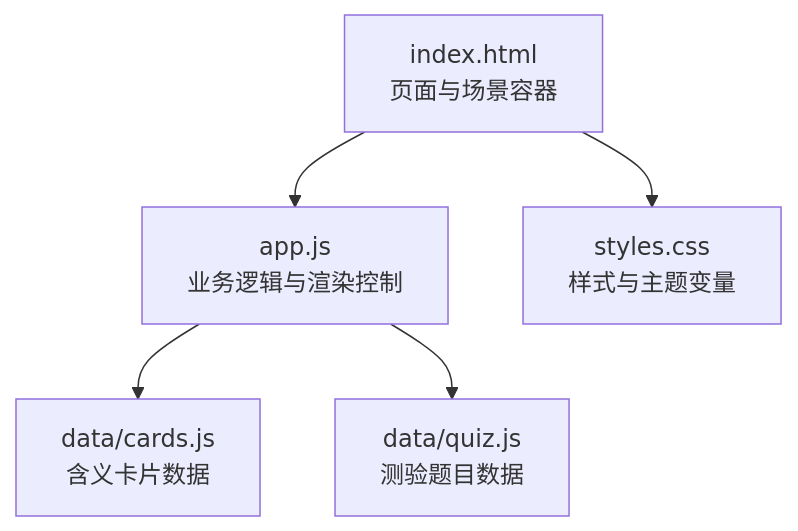
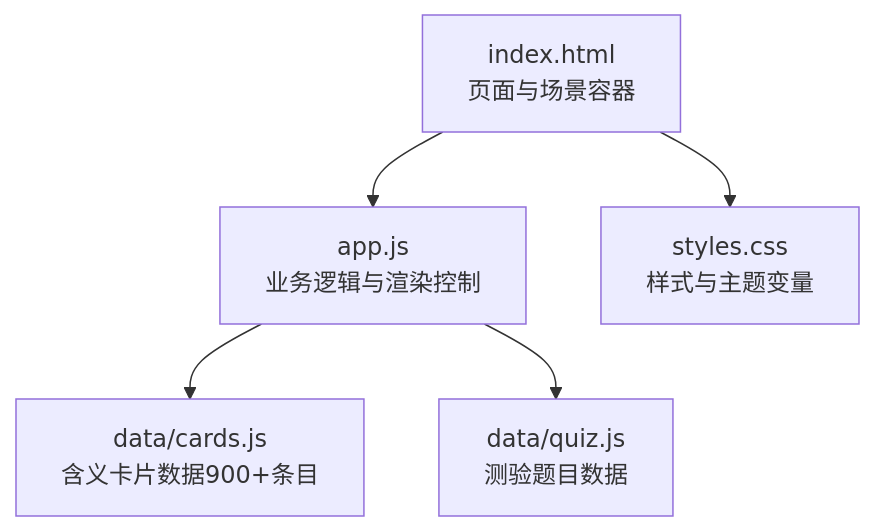
Before and after one commit to lukefun/wenyanbai-demo-v2: the first of 6 diagrams in .qoder/repowiki/zh/content/核心功能/词库浏览.md, drawn with Mermaid. The commit also changed other lines of this file and 6 other files, not shown here.

````diff
--- a/.qoder/repowiki/zh/content/核心功能/词库浏览.md
+++ b/.qoder/repowiki/zh/content/核心功能/词库浏览.md
@@ -35,7 +45,7 @@
 ```mermaid
 graph TB
 A["index.html<br/>页面与场景容器"] --> B["app.js<br/>业务逻辑与渲染控制"]
-B --> C["data/cards.js<br/>含义卡片数据"]
+B --> C["data/cards.js<br/>含义卡片数据900+条目"]
 B --> D["data/quiz.js<br/>测验题目数据"]
 A --> E["styles.css<br/>样式与主题变量"]
 ```
````
